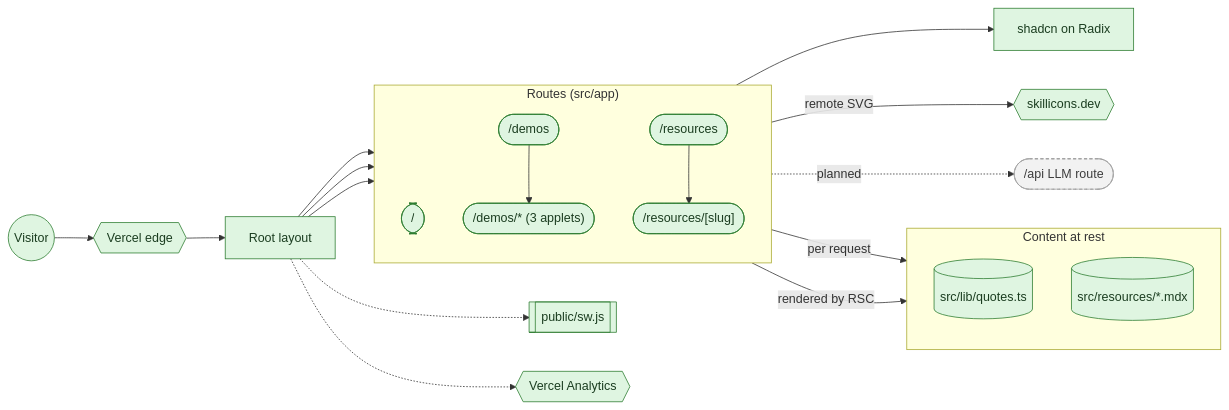
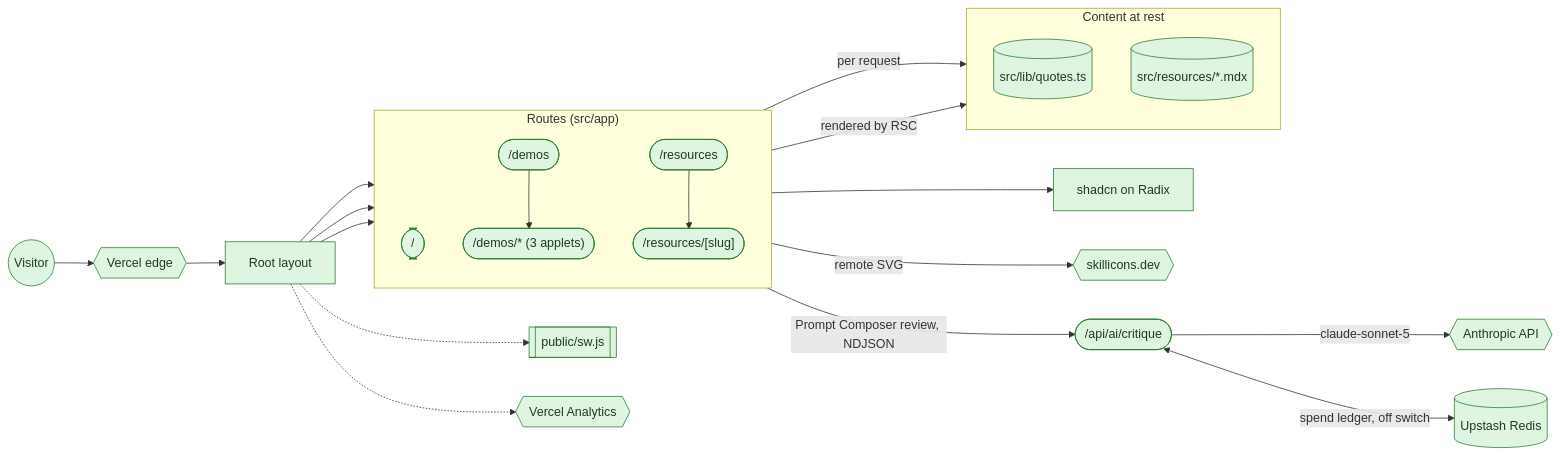
Before and after one commit to cooperability/cooperability.com: the first of 2 diagrams in README.md, drawn with Mermaid. The commit also changed other lines of this file and 44 other files, not shown here.

````diff
--- a/README.md
+++ b/README.md
@@ -14,44 +14,48 @@
 ```mermaid
 flowchart LR
   classDef built fill:#dff5e1,stroke:#2e7d32,color:#1b3d20
   classDef planned fill:#f2f2f2,stroke:#9e9e9e,color:#3d3d3d,stroke-dasharray:4 3
 
   visitor((Visitor)):::built
   edge{{"Vercel edge"}}:::built
   layout["Root layout"]:::built
 
   subgraph routes ["Routes (src/app)"]
     direction TB
     home(["/"]):::built
     demos(["/demos"]):::built
     applets(["/demos/* (3 applets)"]):::built
     reslist(["/resources"]):::built
     resdoc(["/resources/[slug]"]):::built
   end
 
   subgraph content ["Content at rest"]
     direction TB
     quotes[("src/lib/quotes.ts")]:::built
     mdx[("src/resources/*.mdx")]:::built
   end
 
   ui["shadcn on Radix"]:::built
   sw[["public/sw.js"]]:::built
   icons{{"skillicons.dev"}}:::built
   vitals{{"Vercel Analytics"}}:::built
-  ai(["/api LLM route"]):::planned
+  ai(["/api/ai/critique"]):::built
+  anthropic{{"Anthropic API"}}:::built
+  kv[("Upstash Redis")]:::built
 
   visitor --> edge --> layout
   layout --> home
   layout --> demos
   layout --> reslist
   demos --> applets
   reslist --> resdoc
   home -->|per request| quotes
   resdoc -->|"rendered by RSC"| mdx
   applets --> ui
   demos -->|remote SVG| icons
   layout -.-> sw
   layout -.-> vitals
-  applets -.->|planned| ai
+  applets -->|"Prompt Composer review, NDJSON"| ai
+  ai -->|claude-sonnet-5| anthropic
+  ai <-->|"spend ledger, off switch"| kv
 ```
````
